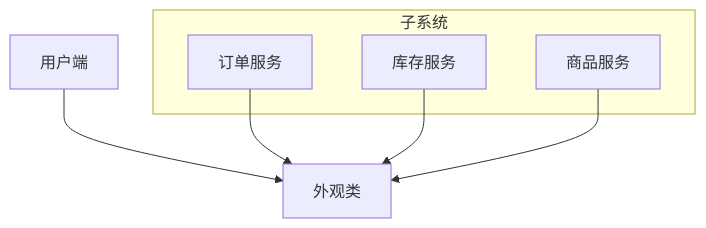
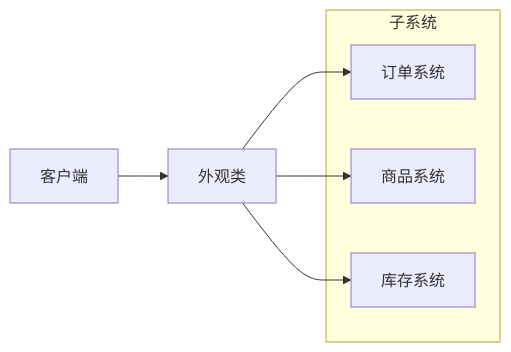
One commit to zhangqinghua/hexo changed the diagram in source/_posts/设计模式/外观模式.md. Above: the diagram before and after it, drawn with Mermaid. The commit also changed other lines of this file, not shown here.

````diff
--- a/source/_posts/设计模式/外观模式.md
+++ b/source/_posts/设计模式/外观模式.md
@@ -12,13 +15,17 @@
 ```mermaid
-flowchart TB
-    用户端 --> 外观类
-    订单服务 --> 外观类
-    库存服务 --> 外观类
-    商品服务 --> 外观类
+graph LR
+    客户端 --> 外观类
+
+    外观类 --> 订单系统
+
+    外观类 --> 商品系统
+
+    外观类 --> 库存系统
+
     subgraph 子系统
-        订单服务
-        商品服务
-        库存服务
+        订单系统
+        商品系统
+        库存系统
     end
     
 ```
````
